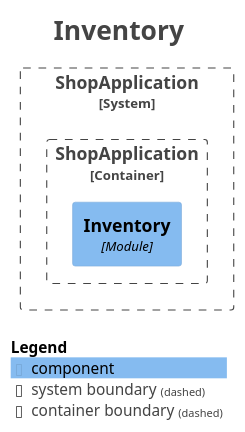
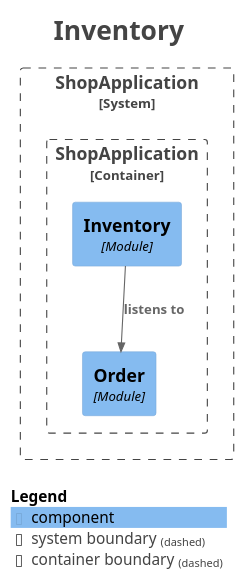
The diagram in docs/modules/module-inventory.puml (Datiacode-Tech/spring-modulith-shop), drawn with PlantUML before and after one commit. The commit also changed 22 other files, not shown here.

```diff
--- a/docs/modules/module-inventory.puml
+++ b/docs/modules/module-inventory.puml
@@ -1,27 +1,30 @@
 @startuml
 title <size:24>Inventory</size>
 
 set separator none
 top to bottom direction
 
 <style>
   root {
     BackgroundColor: #ffffff
     FontColor: #444444
   }
 </style>
 
 !include <C4/C4>
 !include <C4/C4_Context>
 !include <C4/C4_Component>
 
 System_Boundary("ShopApplication_boundary", "ShopApplication", $tags="") {
   Container_Boundary("ShopApplication.ShopApplication_boundary", "ShopApplication", $tags="") {
+    Component(ShopApplication.ShopApplication.Order, "Order", $techn="Module", $descr="", $tags="", $link="")
     Component(ShopApplication.ShopApplication.Inventory, "Inventory", $techn="Module", $descr="", $tags="", $link="")
   }
 
 }
 
+Rel(ShopApplication.ShopApplication.Inventory, ShopApplication.ShopApplication.Order, "listens to", $techn="", $tags="", $link="")
+
 SHOW_LEGEND(true)
 hide stereotypes
 @enduml
```
